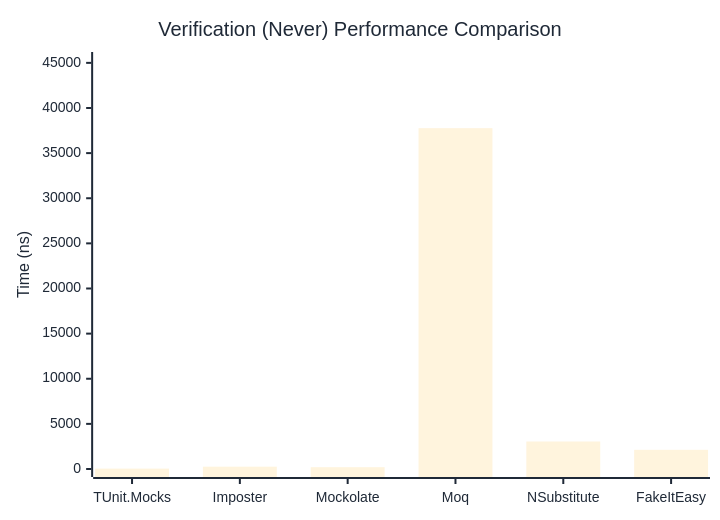
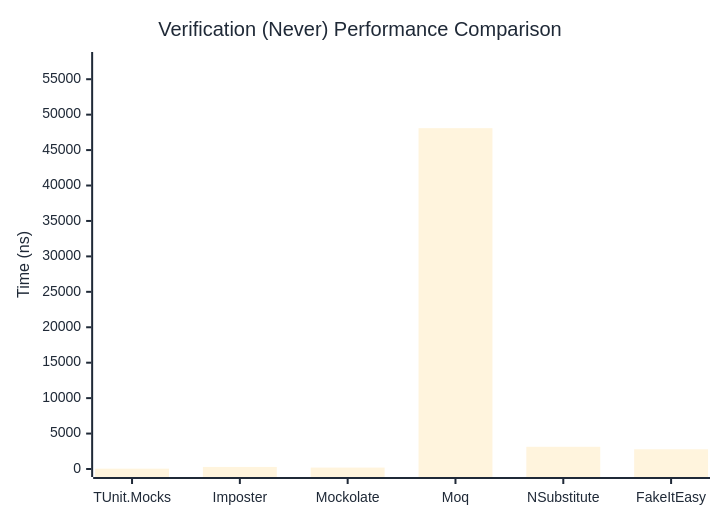
Before and after one commit to thomhurst/TUnit: the second of 3 diagrams in docs/docs/benchmarks/mocks/Verification.md, drawn with Mermaid. The commit also changed other lines of this file and 14 other files, not shown here.

````diff
--- a/docs/docs/benchmarks/mocks/Verification.md
+++ b/docs/docs/benchmarks/mocks/Verification.md
@@ -71,27 +71,27 @@
 ```mermaid
 %%{init: {
   'theme':'base',
   'themeVariables': {
     'primaryColor': '#2563eb',
     'primaryTextColor': '#1f2937',
     'primaryBorderColor': '#1e40af',
     'lineColor': '#6b7280',
     'secondaryColor': '#7c3aed',
     'tertiaryColor': '#dc2626',
     'background': '#ffffff',
     'pie1': '#2563eb',
     'pie2': '#7c3aed',
     'pie3': '#dc2626',
     'pie4': '#f59e0b',
     'pie5': '#10b981',
     'pie6': '#06b6d4',
     'pie7': '#ec4899',
     'pie8': '#6366f1'
   }
 }}%%
 xychart-beta
   title "Verification (Never) Performance Comparison"
   x-axis ["TUnit.Mocks", "Imposter", "Mockolate", "Moq", "NSubstitute", "FakeItEasy"]
-  y-axis "Time (ns)" 0 --> 45317
-  bar [43.72, 258.09, 200.22, 37763.88, 3047.12, 2124.92]
+  y-axis "Time (ns)" 0 --> 57711
+  bar [45.03, 291.43, 199.6, 48091.9, 3132.85, 2781.1]
 ```
````
